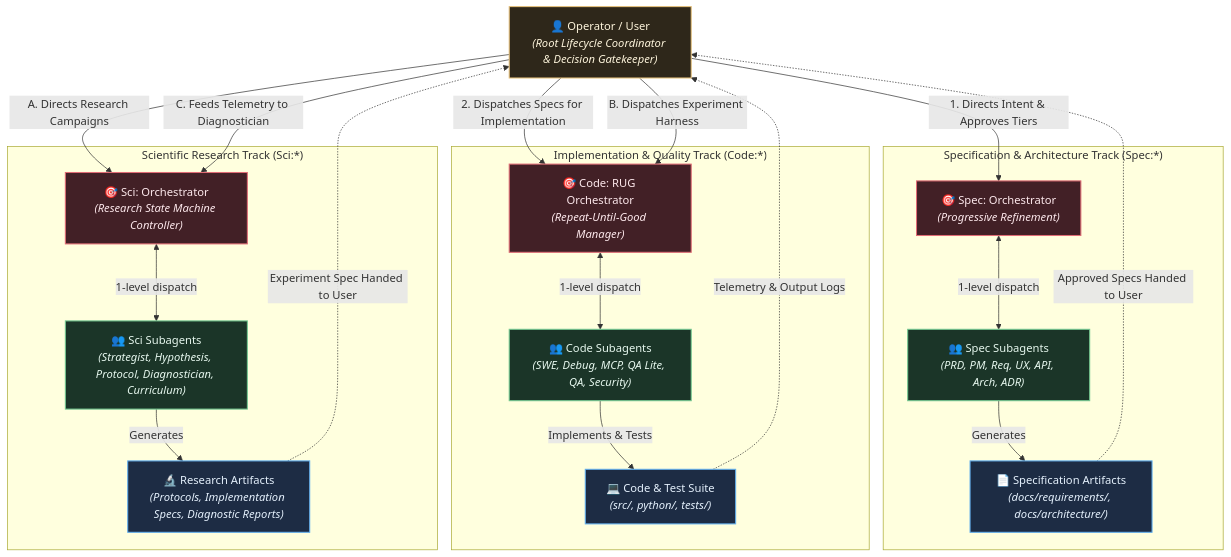
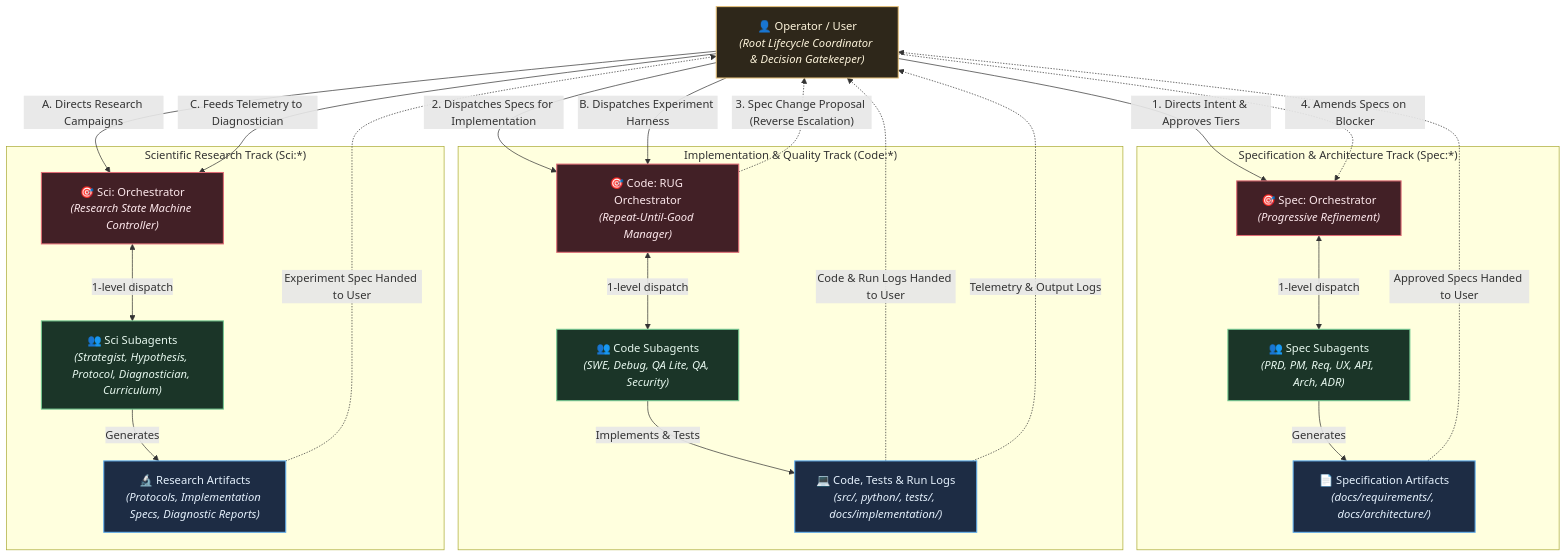
One commit to Shapedsundew9/rust-python-template changed the first of 4 diagrams in README.md. Above: the diagram before and after it, drawn with Mermaid. The commit also changed other lines of this file and 54 other files, not shown here.

````diff
--- a/README.md
+++ b/README.md
@@ -48,71 +48,74 @@
 ```mermaid
 %%{init: {
   'theme': 'base',
   'themeVariables': {
     'darkMode': true,
     'background': '#161922',
     'mainBkg': '#1e2230',
     'nodeBorder': '#434c5e',
     'textColor': '#e2e8f0',
     'fontFamily': 'ui-sans-serif, system-ui, -apple-system, BlinkMacSystemFont, "Segoe UI", Roboto, sans-serif',
     'fontSize': '14px',
     'lineColor': '#8892b0',
     'primaryColor': '#422026',
     'primaryTextColor': '#fde8ec',
     'primaryBorderColor': '#e06c75',
     'secondaryColor': '#1b3528',
     'secondaryTextColor': '#e6f7ee',
     'secondaryBorderColor': '#73c991',
     'tertiaryColor': '#1d2c44',
     'tertiaryTextColor': '#e4f0fc',
     'tertiaryBorderColor': '#61afef',
     'clusterBkg': '#13161f',
     'clusterBorder': '#373e51',
     'noteBkgColor': '#2e271a',
     'noteTextColor': '#fdf4db',
     'noteBorderColor': '#e5c07b',
     'edgeLabelBackground': '#1a1d27'
   }
 }}%%
 flowchart TB
     classDef primary fill:#422026,stroke:#e06c75,stroke-width:1.5px,color:#fde8ec;
     classDef secondary fill:#1b3528,stroke:#73c991,stroke-width:1.5px,color:#e6f7ee;
     classDef tertiary fill:#1d2c44,stroke:#61afef,stroke-width:1.5px,color:#e4f0fc;
     classDef note fill:#2e271a,stroke:#e5c07b,stroke-width:1.5px,color:#fdf4db;
 
     USER["👤 Operator / User<br/><i>(Root Lifecycle Coordinator & Decision Gatekeeper)</i>"]:::note
 
     subgraph SPEC_TRACK["Specification & Architecture Track (Spec:*)"]
         SPEC_O["🎯 Spec: Orchestrator<br/><i>(Progressive Refinement)</i>"]:::primary
         SPEC_SUBS["👥 Spec Subagents<br/><i>(PRD, PM, Req, UX, API, Arch, ADR)</i>"]:::secondary
         SPEC_ARTS["📄 Specification Artifacts<br/><i>(docs/requirements/, docs/architecture/)</i>"]:::tertiary
         SPEC_O <-->|"1-level dispatch"| SPEC_SUBS
         SPEC_SUBS -->|"Generates"| SPEC_ARTS
     end
 
     subgraph CODE_TRACK["Implementation & Quality Track (Code:*)"]
         CODE_O["🎯 Code: RUG Orchestrator<br/><i>(Repeat-Until-Good Manager)</i>"]:::primary
-        CODE_SUBS["👥 Code Subagents<br/><i>(SWE, Debug, MCP, QA Lite, QA, Security)</i>"]:::secondary
-        CODE_PROD["💻 Code & Test Suite<br/><i>(src/, python/, tests/)</i>"]:::tertiary
+        CODE_SUBS["👥 Code Subagents<br/><i>(SWE, Debug, QA Lite, QA, Security)</i>"]:::secondary
+        CODE_PROD["💻 Code, Tests & Run Logs<br/><i>(src/, python/, tests/, docs/implementation/)</i>"]:::tertiary
         CODE_O <-->|"1-level dispatch"| CODE_SUBS
         CODE_SUBS -->|"Implements & Tests"| CODE_PROD
     end
 
     subgraph SCI_TRACK["Scientific Research Track (Sci:*)"]
         SCI_O["🎯 Sci: Orchestrator<br/><i>(Research State Machine Controller)</i>"]:::primary
         SCI_SUBS["👥 Sci Subagents<br/><i>(Strategist, Hypothesis, Protocol, Diagnostician, Curriculum)</i>"]:::secondary
         SCI_ARTS["🔬 Research Artifacts<br/><i>(Protocols, Implementation Specs, Diagnostic Reports)</i>"]:::tertiary
         SCI_O <-->|"1-level dispatch"| SCI_SUBS
         SCI_SUBS -->|"Generates"| SCI_ARTS
     end
 
     USER -->|"1. Directs Intent & Approves Tiers"| SPEC_O
     SPEC_ARTS -.->|"Approved Specs Handed to User"| USER
     USER -->|"2. Dispatches Specs for Implementation"| CODE_O
+    CODE_PROD -.->|"Code & Run Logs Handed to User"| USER
+    CODE_O -.->|"3. Spec Change Proposal (Reverse Escalation)"| USER
+    USER -.->|"4. Amends Specs on Blocker"| SPEC_O
 
     USER -->|"A. Directs Research Campaigns"| SCI_O
     SCI_ARTS -.->|"Experiment Spec Handed to User"| USER
     USER -->|"B. Dispatches Experiment Harness"| CODE_O
     CODE_PROD -.->|"Telemetry & Output Logs"| USER
     USER -->|"C. Feeds Telemetry to Diagnostician"| SCI_O
 ```
````
